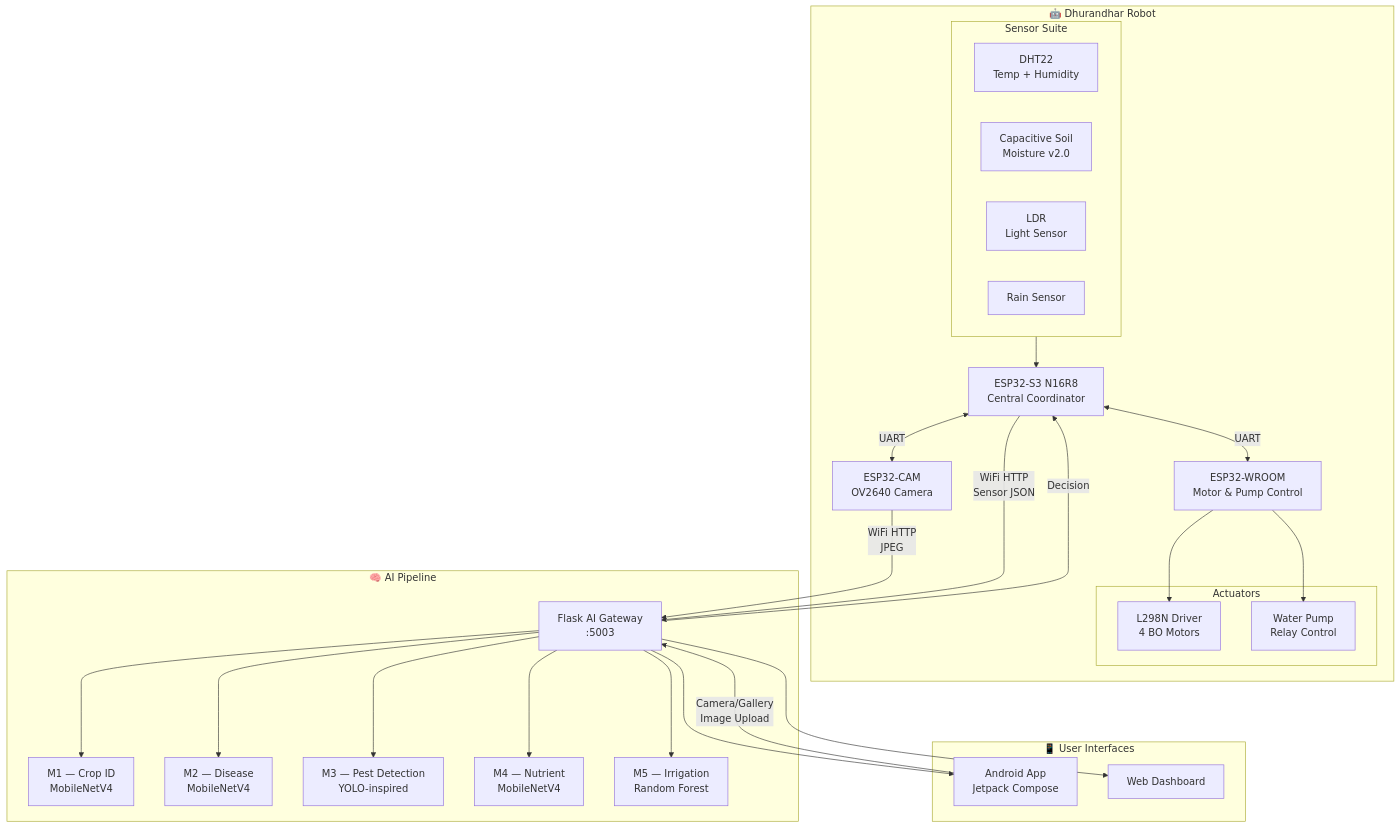
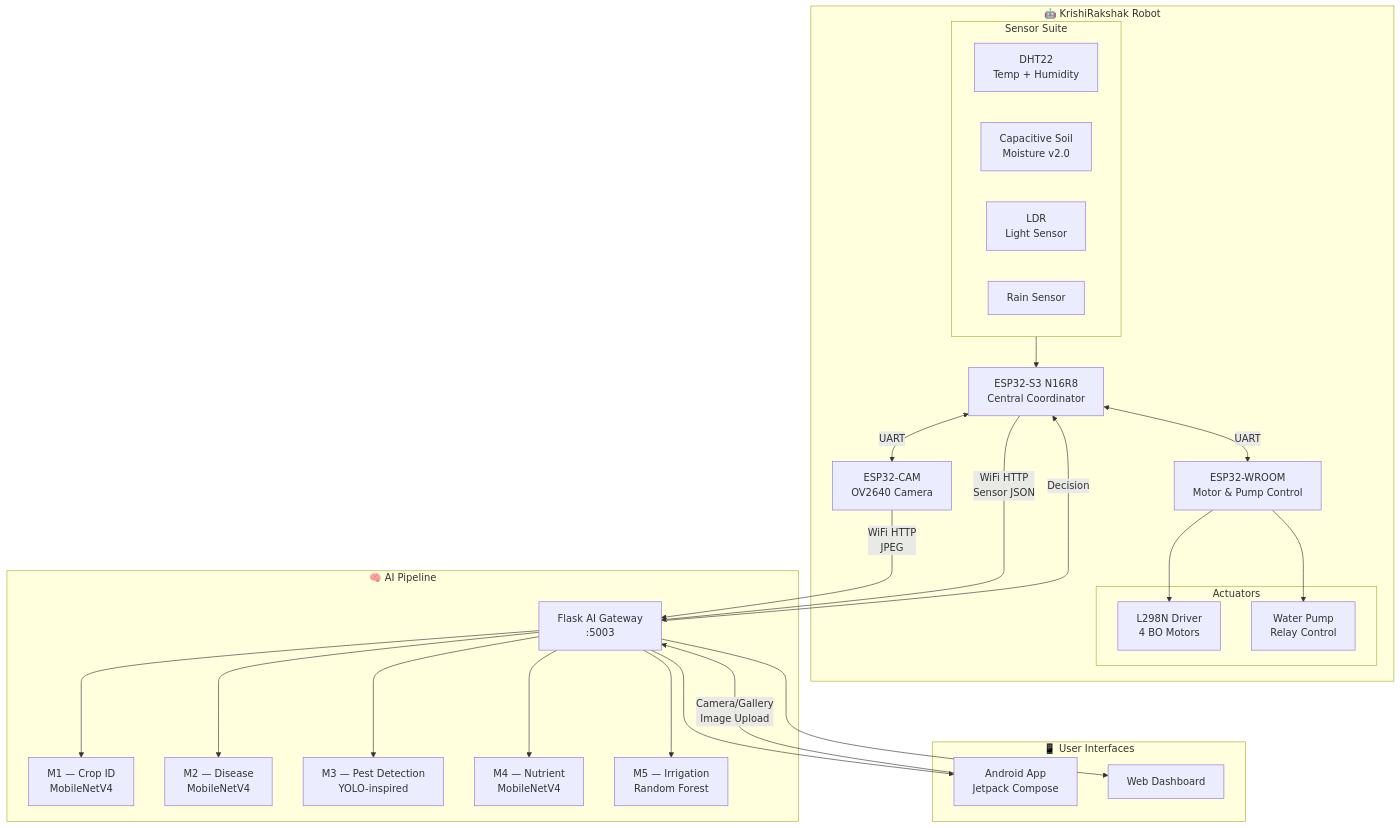
Before and after one commit to RISHI5991/KrishiRakshak: the diagram in README.md, drawn with Mermaid.

Commit message:
Rename Dhurandhar Robot to KrishiRakshak Robot

````diff
--- a/README.md
+++ b/README.md
@@ -28,45 +28,45 @@
 ```mermaid
 flowchart TB
-    subgraph ROBOT["🤖 Dhurandhar Robot"]
+    subgraph ROBOT["🤖 KrishiRakshak Robot"]
         CAM["ESP32-CAM<br/>OV2640 Camera"]
         S3["ESP32-S3 N16R8<br/>Central Coordinator"]
         WROOM["ESP32-WROOM<br/>Motor & Pump Control"]
         
         subgraph SENSORS["Sensor Suite"]
             DHT["DHT22<br/>Temp + Humidity"]
             SOIL["Capacitive Soil<br/>Moisture v2.0"]
             LDR_S["LDR<br/>Light Sensor"]
             RAIN["Rain Sensor"]
         end
         
         subgraph ACTUATORS["Actuators"]
             L298N["L298N Driver<br/>4 BO Motors"]
             PUMP["Water Pump<br/>Relay Control"]
         end
     end
     
     subgraph AI["🧠 AI Pipeline"]
         FLASK["Flask AI Gateway<br/>:5003"]
         M1["M1 — Crop ID<br/>MobileNetV4"]
         M2["M2 — Disease<br/>MobileNetV4"]
         M3["M3 — Pest Detection<br/>YOLO-inspired"]
         M4["M4 — Nutrient<br/>MobileNetV4"]
         M5["M5 — Irrigation<br/>Random Forest"]
     end
     
     subgraph UI["📱 User Interfaces"]
         ANDROID["Android App<br/>Jetpack Compose"]
         WEB["Web Dashboard"]
     end
     
     CAM -->|"WiFi HTTP<br/>JPEG"| FLASK
     S3 -->|"WiFi HTTP<br/>Sensor JSON"| FLASK
     FLASK --> M1 & M2 & M3 & M4 & M5
     FLASK -->|"Decision"| S3
     S3 <-->|"UART"| WROOM
     S3 <-->|"UART"| CAM
     SENSORS --> S3
     WROOM --> L298N & PUMP
     FLASK --> ANDROID & WEB
     ANDROID -->|"Camera/Gallery<br/>Image Upload"| FLASK
 ```
````
